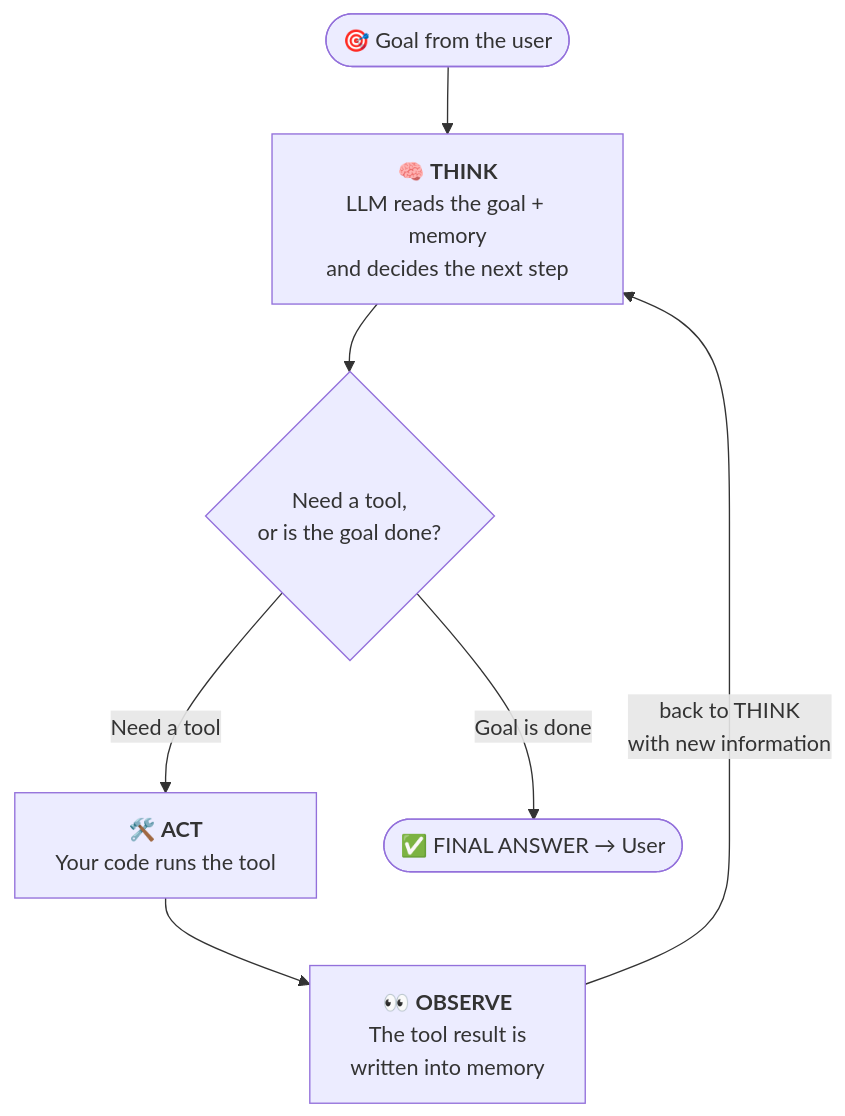
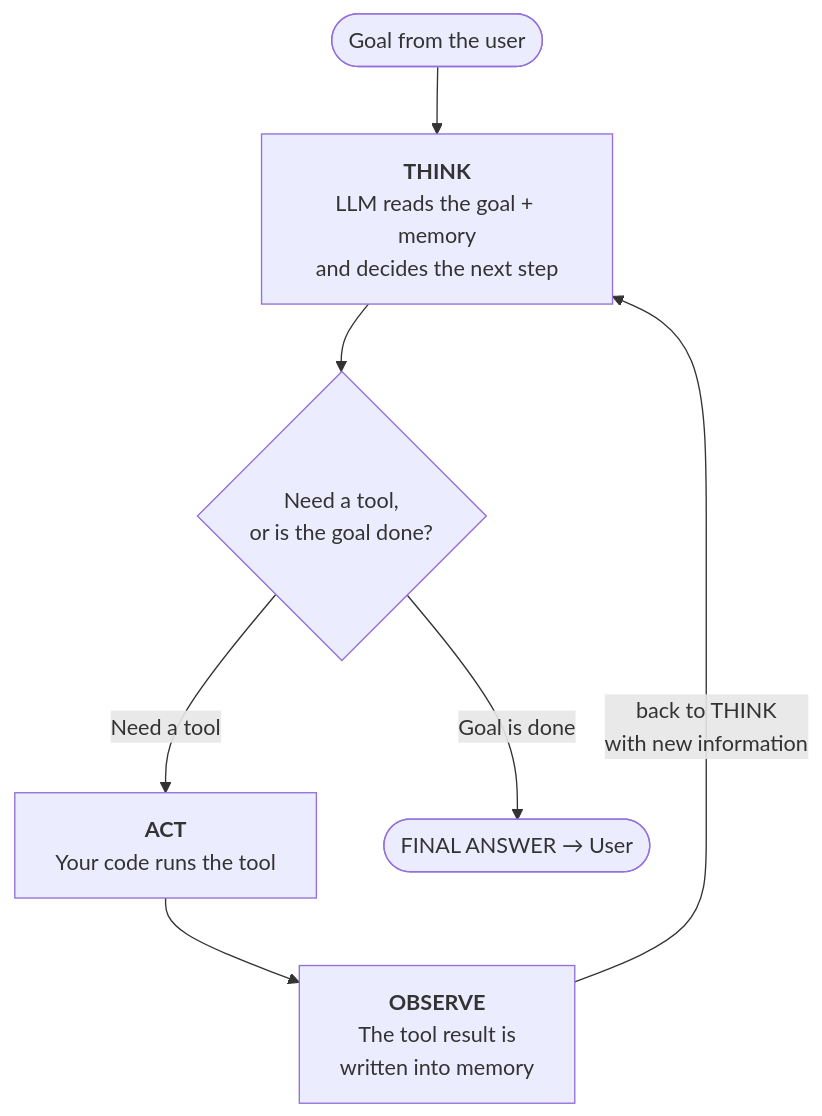
One commit to anandgaur22/ai-agent-python-demo changed the sixth of 36 diagrams in README.md. Above: the diagram before and after it, drawn with Mermaid. The commit also changed other lines of this file, not shown here.

````diff
--- a/README.md
+++ b/README.md
@@ -198,9 +196,9 @@
 ```mermaid
 flowchart TD
-  G(["🎯 Goal from the user"]) --> TH
-  TH["🧠 <b>THINK</b><br/>LLM reads the goal + memory<br/>and decides the next step"] --> D{"Need a tool,<br/>or is the goal done?"}
-  D -- "Need a tool" --> ACT["🛠️ <b>ACT</b><br/>Your code runs the tool"]
-  ACT --> OBS["👀 <b>OBSERVE</b><br/>The tool result is<br/>written into memory"]
+  G(["Goal from the user"]) --> TH
+  TH["<b>THINK</b><br/>LLM reads the goal + memory<br/>and decides the next step"] --> D{"Need a tool,<br/>or is the goal done?"}
+  D -- "Need a tool" --> ACT["<b>ACT</b><br/>Your code runs the tool"]
+  ACT --> OBS["<b>OBSERVE</b><br/>The tool result is<br/>written into memory"]
   OBS -- "back to THINK<br/>with new information" --> TH
-  D -- "Goal is done" --> F(["✅ FINAL ANSWER → User"])
+  D -- "Goal is done" --> F(["FINAL ANSWER → User"])
 ```
````
